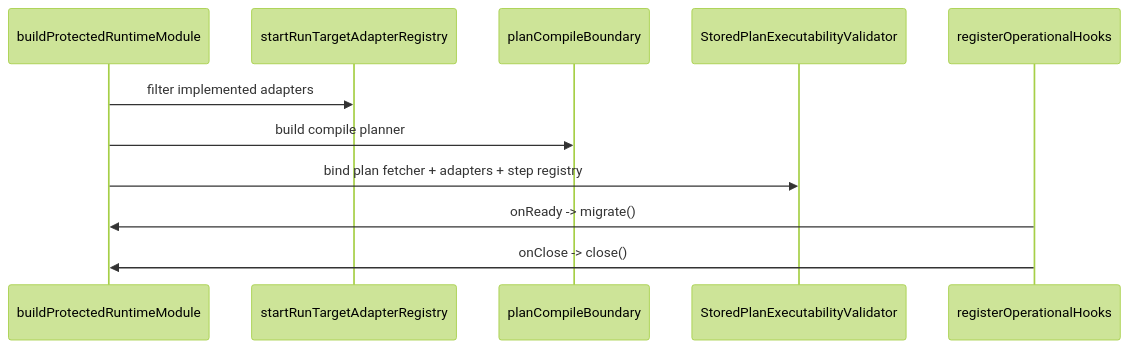
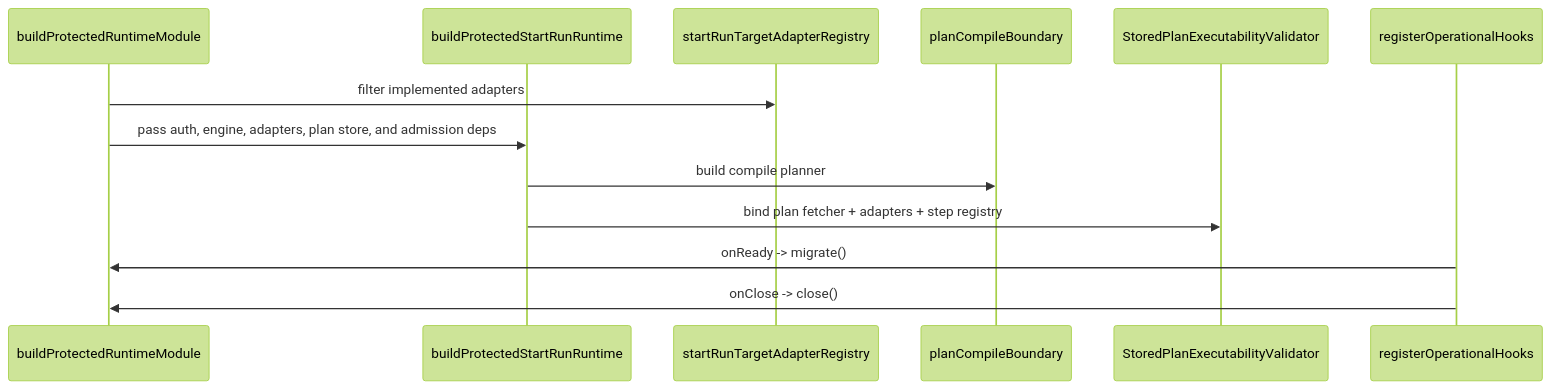
Before and after one commit to dunay2/dvt: the second of 2 diagrams in docs/architecture/components/api/protected-runtime-and-plan-compile-component.md, drawn with Mermaid (forest theme). The commit also changed other lines of this file and 15 other files, not shown here.

Commit message:
refactor(api): Extract start-run runtime composition seam

````diff
--- a/docs/architecture/components/api/protected-runtime-and-plan-compile-component.md
+++ b/docs/architecture/components/api/protected-runtime-and-plan-compile-component.md
@@ -94,14 +103,16 @@
 ```mermaid
 sequenceDiagram
     participant Boot as buildProtectedRuntimeModule
+    participant StartRun as buildProtectedStartRunRuntime
     participant Registry as startRunTargetAdapterRegistry
     participant Compile as planCompileBoundary
     participant Validator as StoredPlanExecutabilityValidator
     participant Hooks as registerOperationalHooks
 
     Boot->>Registry: filter implemented adapters
-    Boot->>Compile: build compile planner
-    Boot->>Validator: bind plan fetcher + adapters + step registry
+    Boot->>StartRun: pass auth, engine, adapters, plan store, and admission deps
+    StartRun->>Compile: build compile planner
+    StartRun->>Validator: bind plan fetcher + adapters + step registry
     Hooks->>Boot: onReady -> migrate()
     Hooks->>Boot: onClose -> close()
 ```
````
